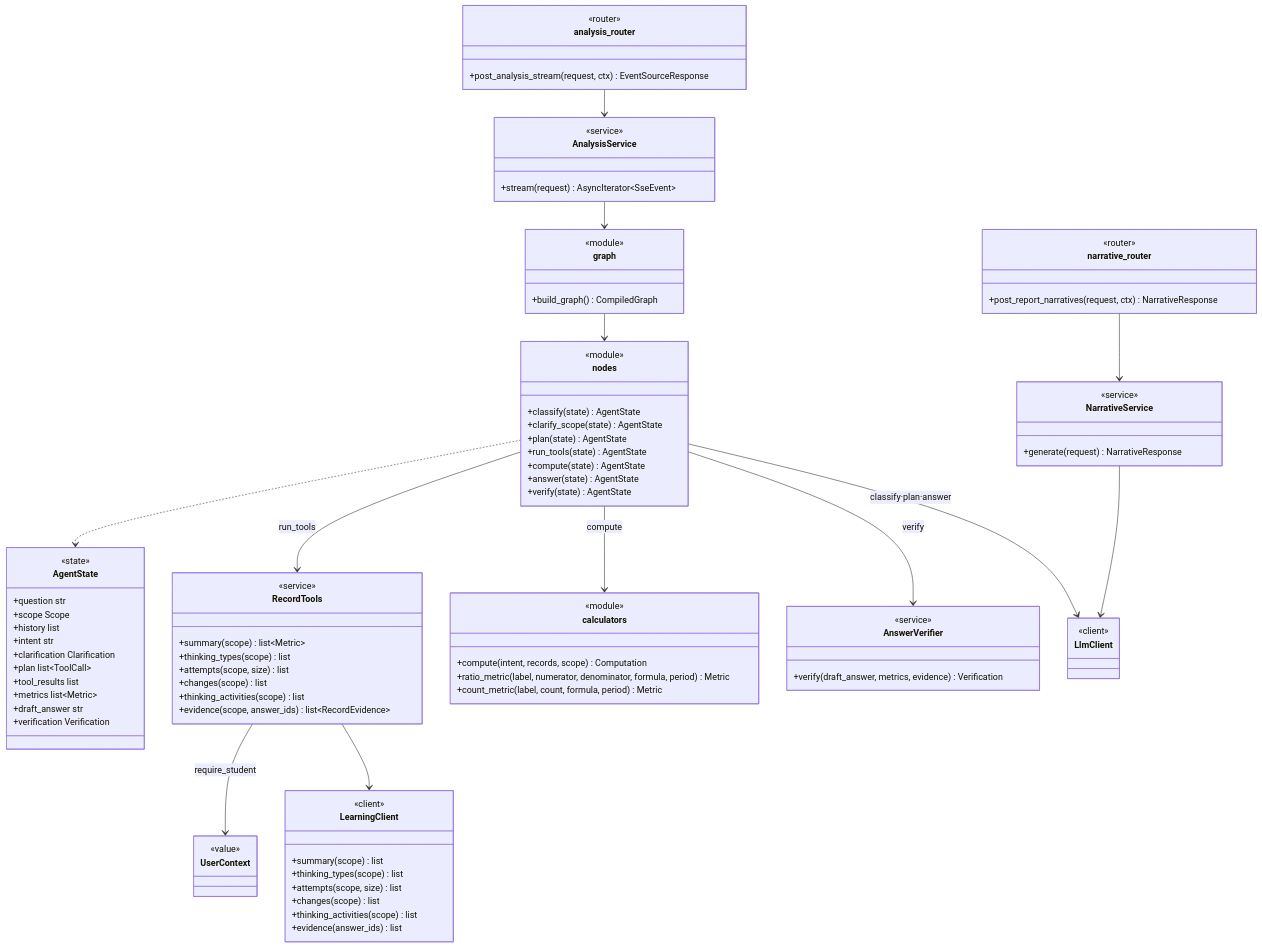
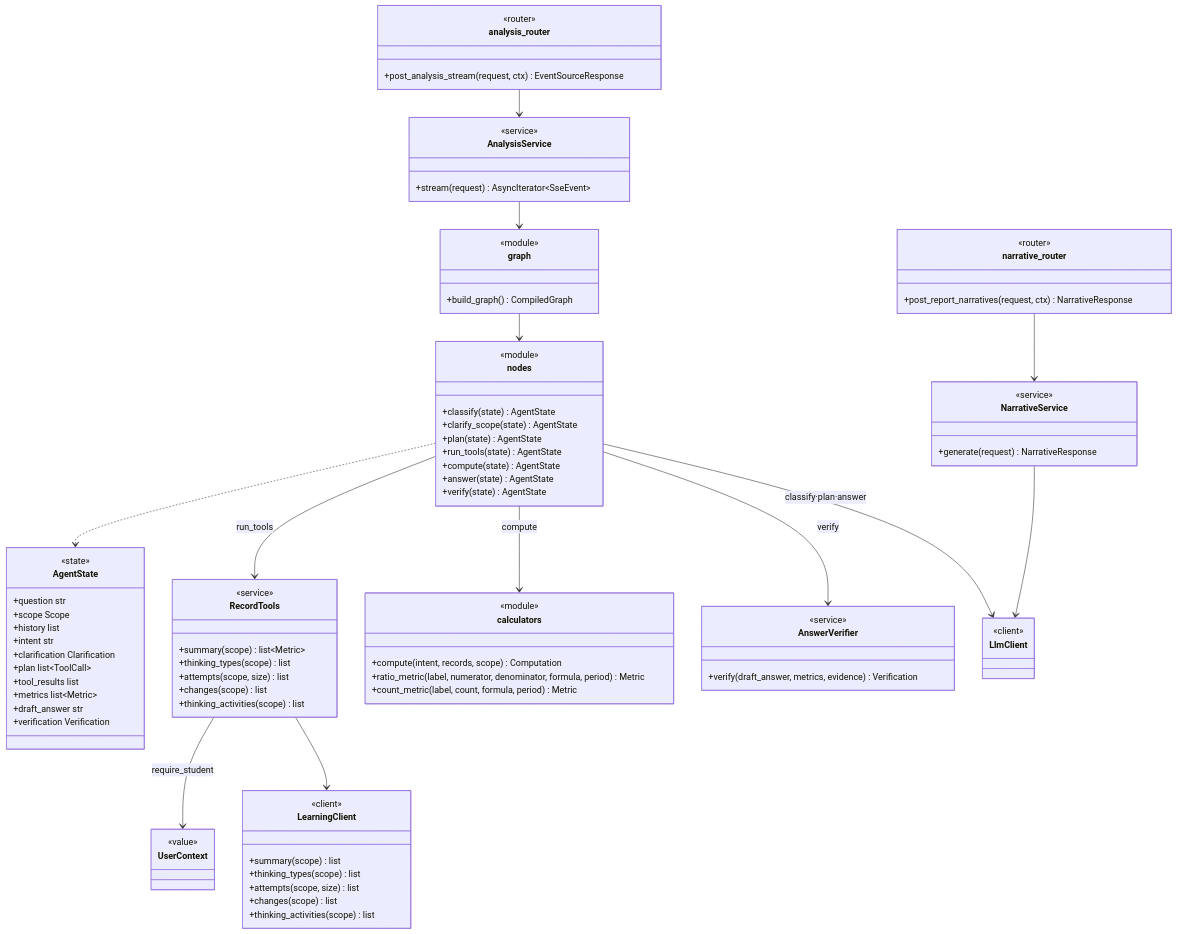
One commit to SKNETWORKS-FAMILY-AICAMP/SKN34-FINAL-3TEAM changed diagram 12 of 15 in docs/design/class-diagram.md. Above: the diagram before and after it, drawn with Mermaid. The commit also changed other lines of this file and 7 other files, not shown here.

```diff
--- a/docs/design/class-diagram.md
+++ b/docs/design/class-diagram.md
@@ -1615,7 +1615,6 @@
     +attempts(scope, size) list
     +changes(scope) list
     +thinking_activities(scope) list
-    +evidence(scope, answer_ids) list~RecordEvidence~
   }
   class calculators {
     <<module>>
@@ -1642,7 +1641,6 @@
     +attempts(scope, size) list
     +changes(scope) list
     +thinking_activities(scope) list
-    +evidence(answer_ids) list
   }
   class LlmClient { <<client>> }
   class UserContext { <<value>> }
```
